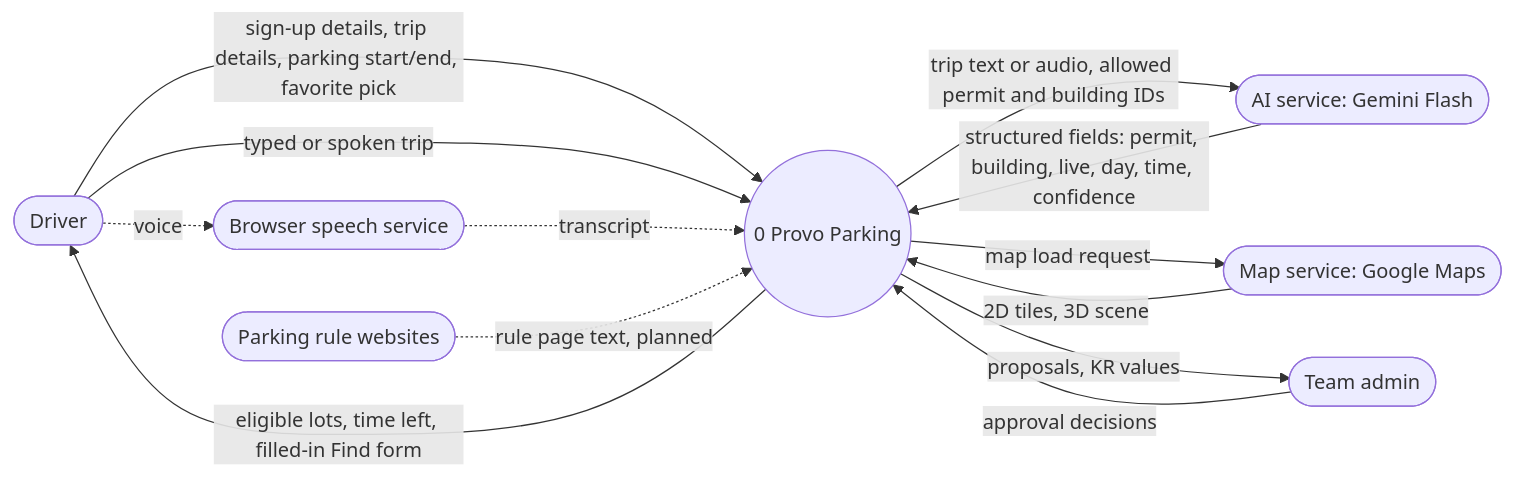
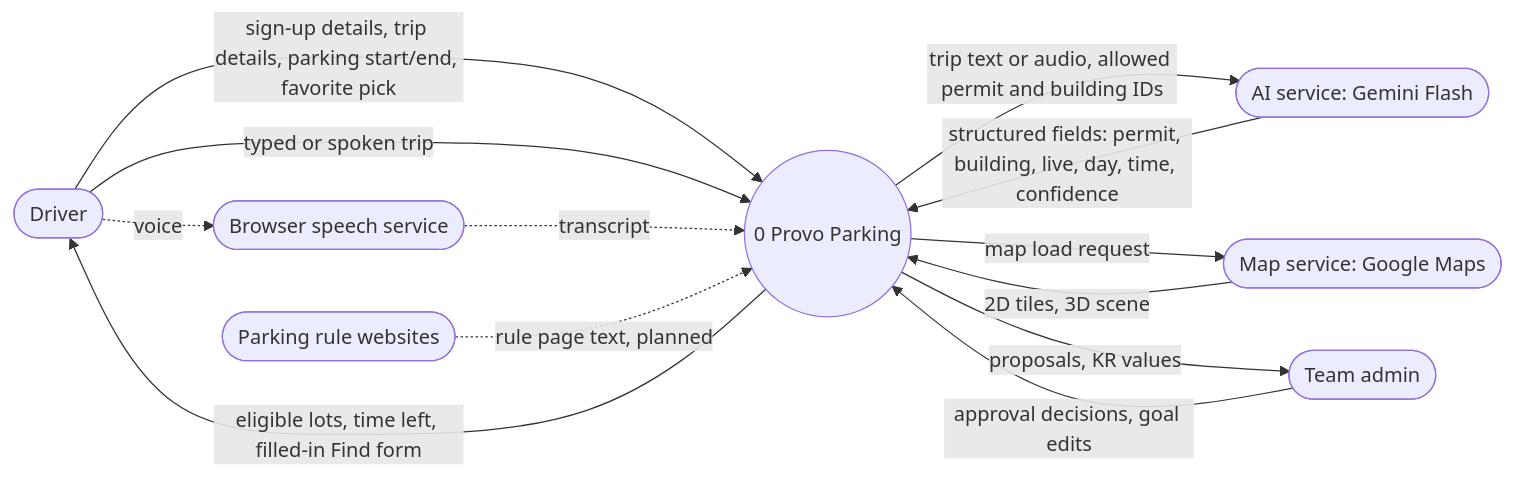
One commit to ParkerMorris11/ProvoParking changed the second of 3 diagrams in README.md. Above: the diagram before and after it, drawn with Mermaid. The commit also changed other lines of this file, not shown here.

````diff
--- a/README.md
+++ b/README.md
@@ -224,24 +114,24 @@
 ```mermaid
 flowchart LR
   Driver([Driver])
   Admin([Team admin])
   Sites([Parking rule websites])
   AI([AI service: Gemini Flash])
   Maps([Map service: Google Maps])
   Speech([Browser speech service])
 
   P0((0 Provo Parking))
 
   Driver -->|sign-up details, trip details, parking start/end, favorite pick| P0
   Driver -->|typed or spoken trip| P0
   P0 -->|eligible lots, time left, filled-in Find form| Driver
   Driver -.->|voice| Speech
   Speech -.->|transcript| P0
   P0 -->|trip text or audio, allowed permit and building IDs| AI
   AI -->|structured fields: permit, building, live, day, time, confidence| P0
   P0 -->|map load request| Maps
   Maps -->|2D tiles, 3D scene| P0
-  Admin -->|approval decisions| P0
+  Admin -->|approval decisions, goal edits| P0
   P0 -->|proposals, KR values| Admin
   Sites -.->|rule page text, planned| P0
 ```
````
